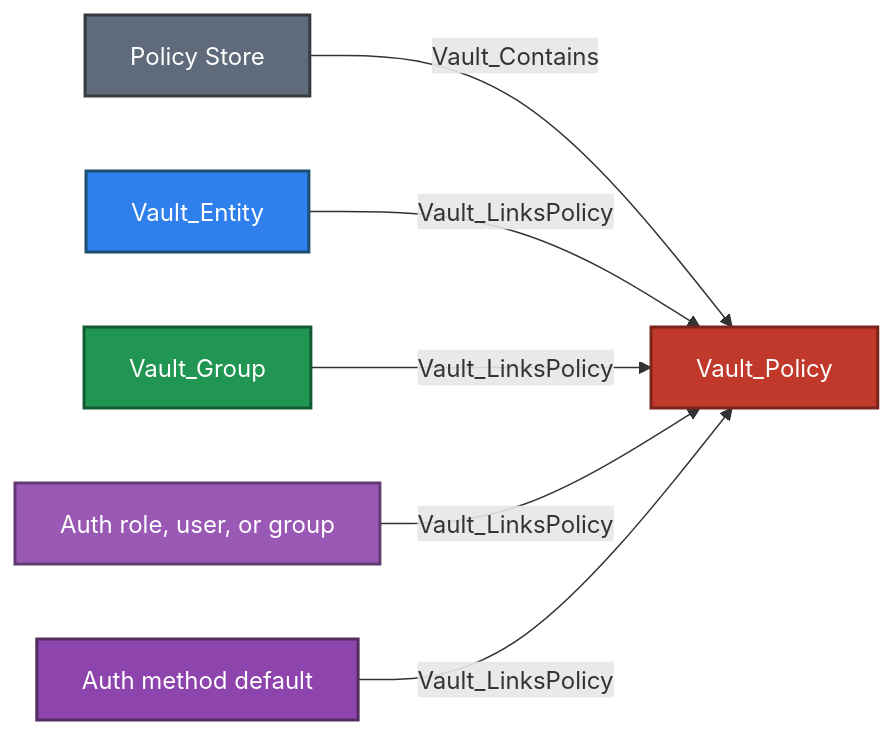
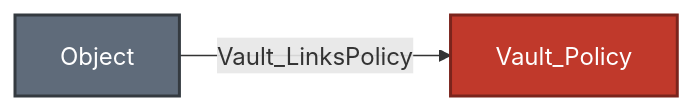
The second of 6 diagrams in Documentation/stores/POLICIES.md (bytewreck/opengraph-vault), drawn with Mermaid before and after one commit. The commit also changed other lines of this file and 4 other files, not shown here.

````diff
--- a/Documentation/stores/POLICIES.md
+++ b/Documentation/stores/POLICIES.md
@@ -55,15 +56,7 @@
 ```mermaid
 flowchart LR
-    store[Policy Store]:::storeNode -->|Vault_Contains| policy[Vault_Policy]:::policyNode
-    entity[Vault_Entity]:::entityNode -->|Vault_LinksPolicy| policy
-    group[Vault_Group]:::groupNode -->|Vault_LinksPolicy| policy
-    role[Auth role, user, or group]:::authObjectNode -->|Vault_LinksPolicy| policy
-    method[Auth method default]:::authMethodNode -->|Vault_LinksPolicy| policy
+    object[Object]:::objectNode -->|Vault_LinksPolicy| policy[Vault_Policy]:::policyNode
 
-    classDef storeNode fill:#5F6B7A,color:#fff,stroke:#343A40,stroke-width:2px
+    classDef objectNode fill:#5F6B7A,color:#fff,stroke:#343A40,stroke-width:2px
     classDef policyNode fill:#C0392B,color:#fff,stroke:#7B241C,stroke-width:2px
-    classDef entityNode fill:#2F80ED,color:#fff,stroke:#1B4F72,stroke-width:2px
-    classDef groupNode fill:#219653,color:#fff,stroke:#145A32,stroke-width:2px
-    classDef authObjectNode fill:#9B59B6,color:#fff,stroke:#633974,stroke-width:2px
-    classDef authMethodNode fill:#8E44AD,color:#fff,stroke:#512E5F,stroke-width:2px
 ```
````
